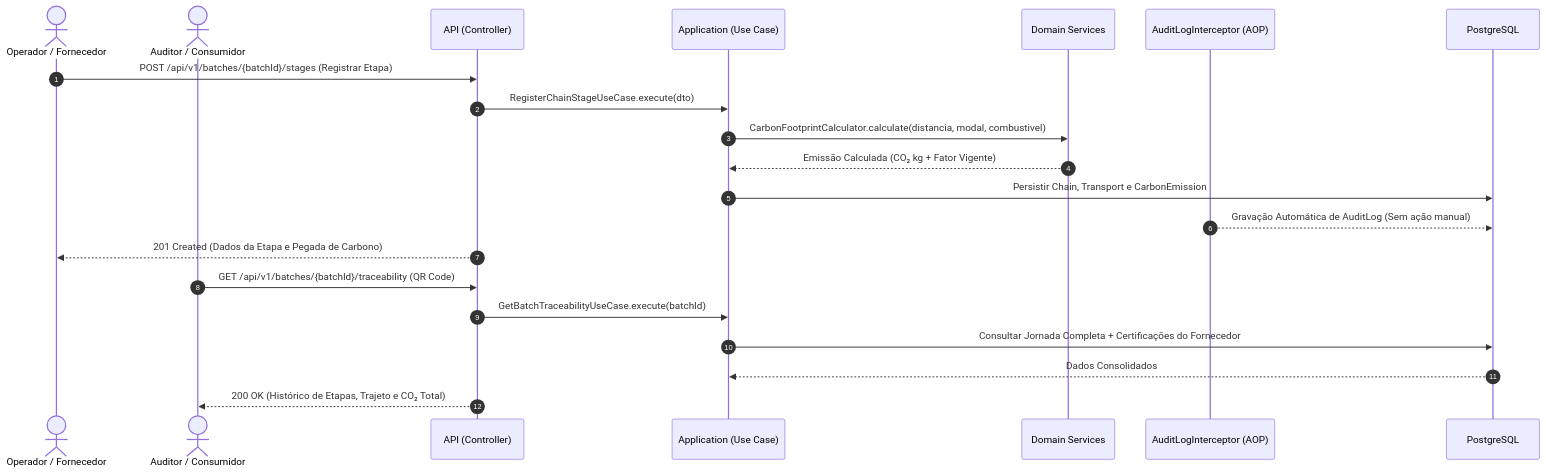
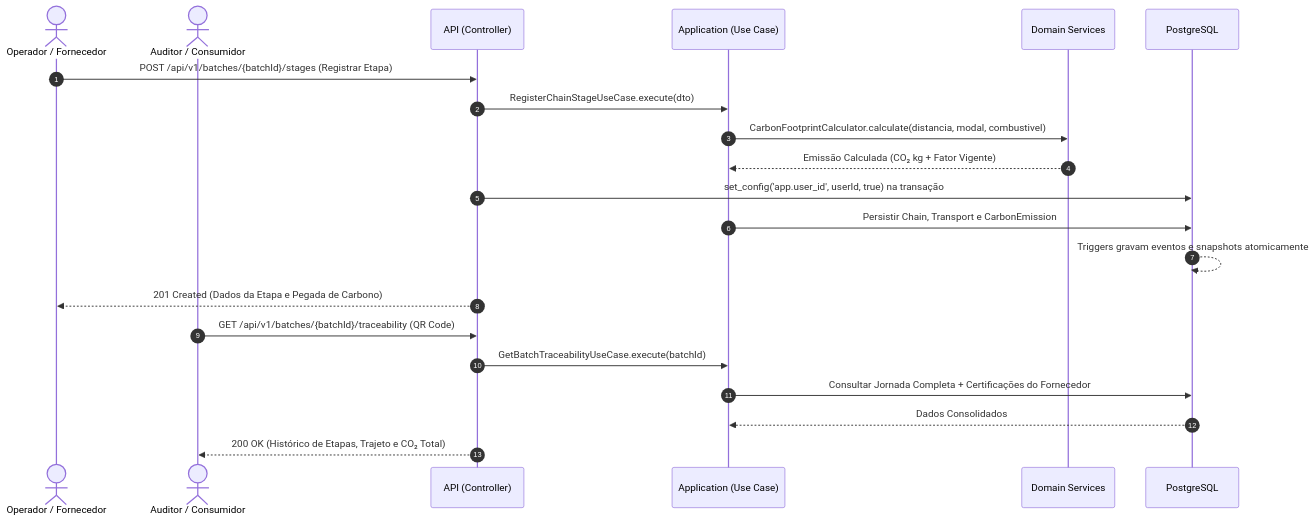
The diagram in README.md (matheusnascimentods/supply-chain-verde-api), drawn with Mermaid before and after one commit. The commit also changed other lines of this file and 5 other files, not shown here.

Commit message:
docs(api): record database-managed audit decision

````diff
--- a/README.md
+++ b/README.md
@@ -15,25 +15,25 @@
 ```mermaid
 sequenceDiagram
     autonumber
     actor User as Operador / Fornecedor
     actor Auditor as Auditor / Consumidor
     participant API as API (Controller)
     participant UC as Application (Use Case)
     participant Domain as Domain Services
-    participant AOP as AuditLogInterceptor (AOP)
     participant DB as PostgreSQL
 
     User->>API: POST /api/v1/batches/{batchId}/stages (Registrar Etapa)
     API->>UC: RegisterChainStageUseCase.execute(dto)
     UC->>Domain: CarbonFootprintCalculator.calculate(distancia, modal, combustivel)
     Domain-->>UC: Emissão Calculada (CO₂ kg + Fator Vigente)
+    API->>DB: set_config('app.user_id', userId, true) na transação
     UC->>DB: Persistir Chain, Transport e CarbonEmission
-    AOP-->>DB: Gravação Automática de AuditLog (Sem ação manual)
+    DB-->>DB: Triggers gravam eventos e snapshots atomicamente
     API-->>User: 201 Created (Dados da Etapa e Pegada de Carbono)
 
     Auditor->>API: GET /api/v1/batches/{batchId}/traceability (QR Code)
     API->>UC: GetBatchTraceabilityUseCase.execute(batchId)
     UC->>DB: Consultar Jornada Completa + Certificações do Fornecedor
     DB-->>UC: Dados Consolidados
     API-->>Auditor: 200 OK (Histórico de Etapas, Trajeto e CO₂ Total)
 ```
````
